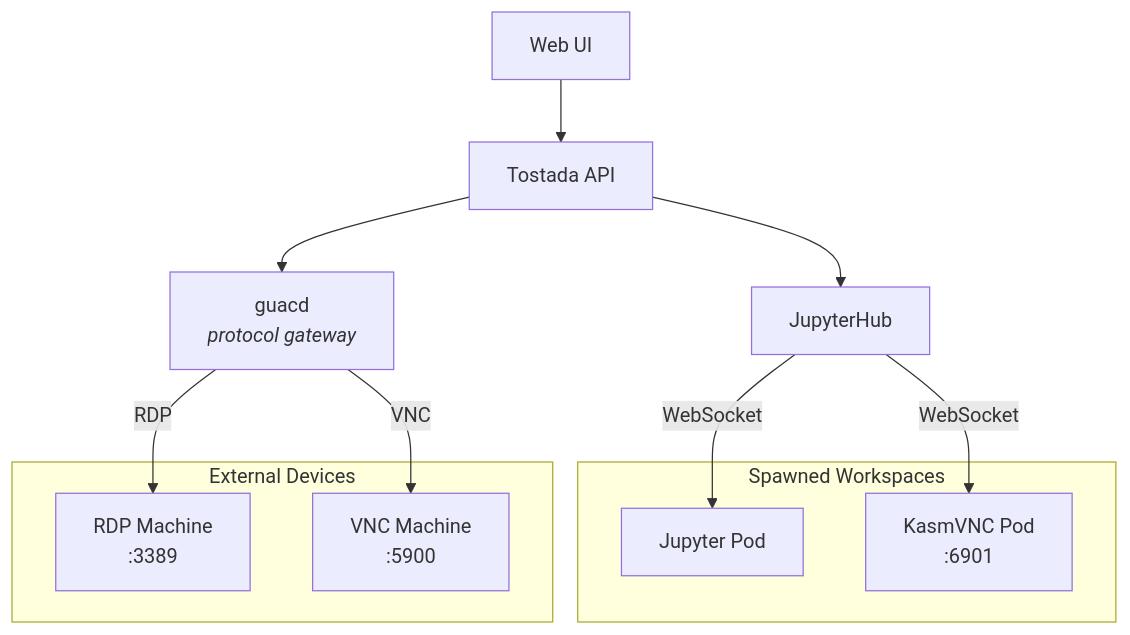
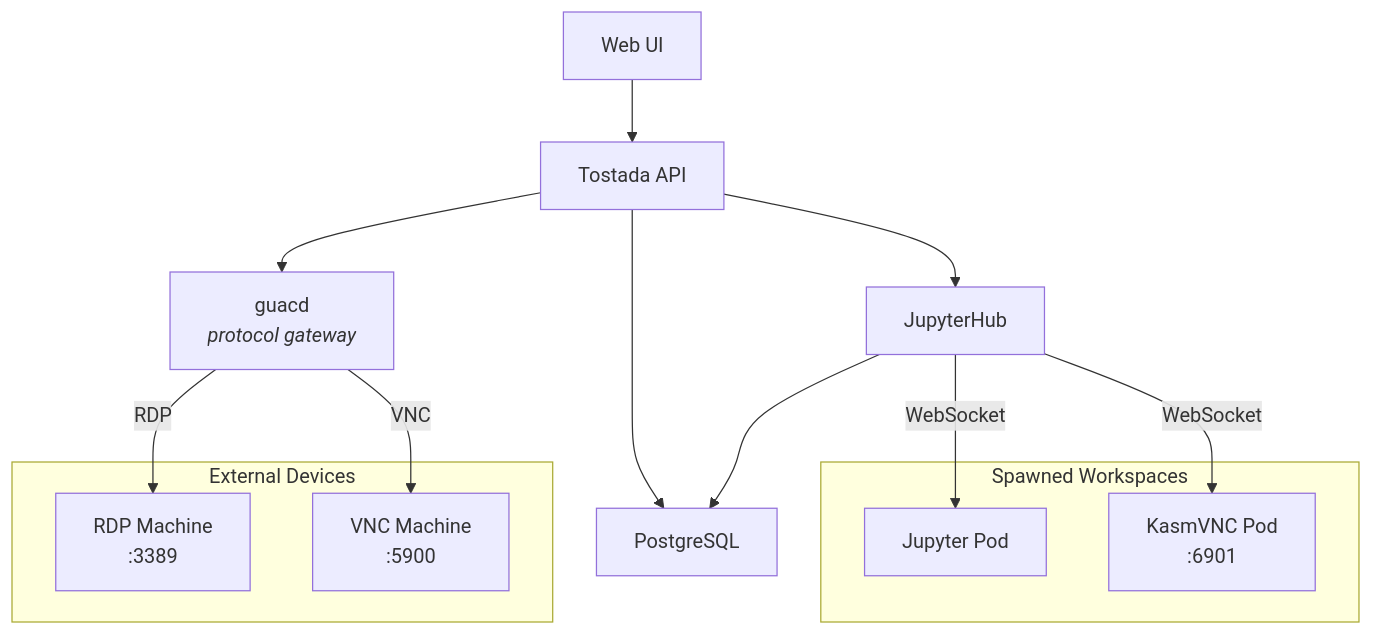
The diagram in README.md (rophy/tostada), drawn with Mermaid before and after one commit. The commit also changed other lines of this file and 1 other file, not shown here.

First line of the commit message:
docs: update README and AGENTS for PostgreSQL migration

````diff
--- a/README.md
+++ b/README.md
@@ -17,26 +15,29 @@
 ```mermaid
 graph TD
     UI["Web UI"]
     API["Tostada API"]
     Hub["JupyterHub"]
+    PG["PostgreSQL"]
     Guacd["guacd<br/><i>protocol gateway</i>"]
 
     subgraph Spawned["Spawned Workspaces"]
         Jupyter["Jupyter Pod"]
         Kasm["KasmVNC Pod<br/>:6901"]
     end
 
     subgraph External["External Devices"]
         ExtRDP["RDP Machine<br/>:3389"]
         ExtVNC["VNC Machine<br/>:5900"]
     end
 
     UI --> API
     API --> Hub
     API --> Guacd
+    API --> PG
+    Hub --> PG
     Hub -->|"WebSocket"| Jupyter
     Hub -->|"WebSocket"| Kasm
 
     Guacd -->|"RDP"| ExtRDP
     Guacd -->|"VNC"| ExtVNC
 ```
````
